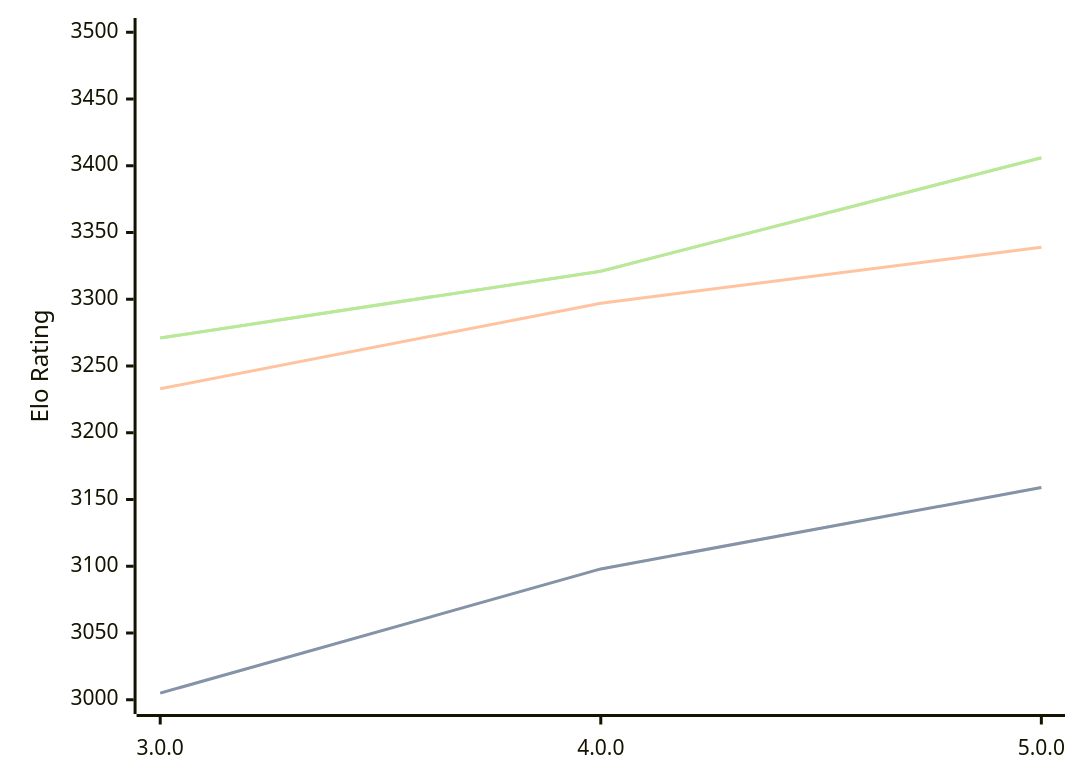
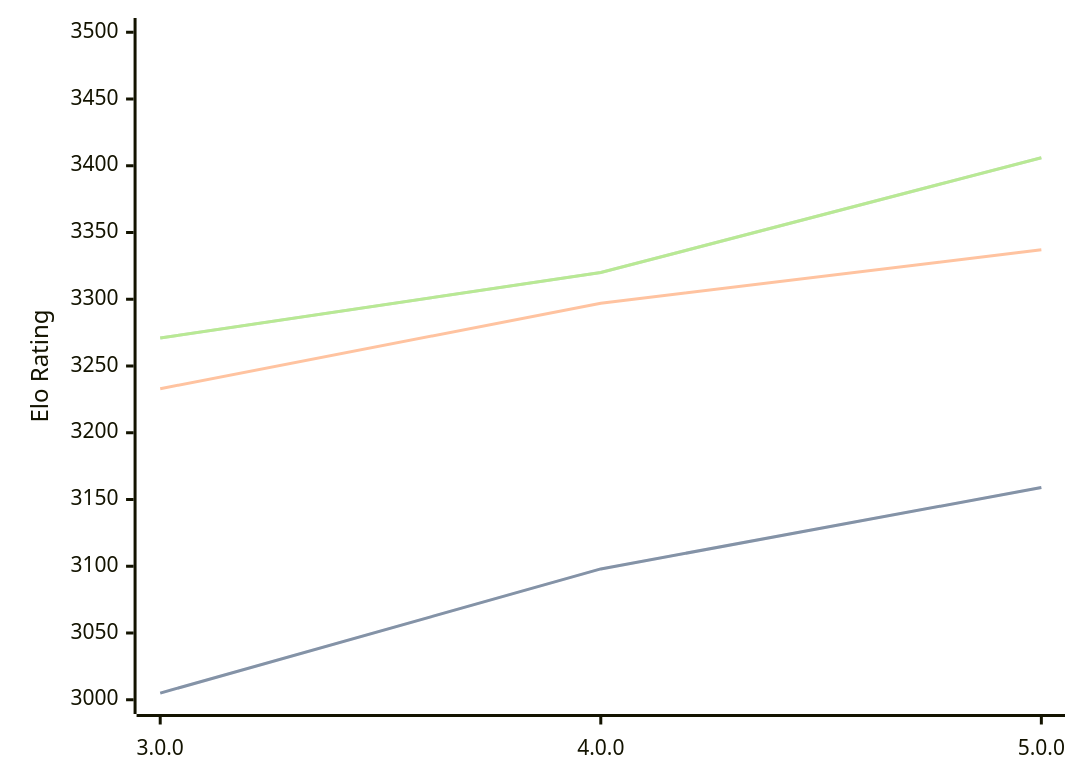
The diagram in engines/Minke.md (computer-chess-index/cci), drawn with Mermaid before and after one commit. The commit also changed other lines of this file, not shown here.

Commit message:
Update CCI Ratings (ELO VLTC) - 2026-03-25

````diff
--- a/engines/Minke.md
+++ b/engines/Minke.md
@@ -35,11 +35,11 @@
 ```mermaid
 %%{init: {"theme":"base","themeVariables":{"seriesColors:['#a3a3a3','#222221','#faa371']}}}%%
 xychart-beta
   x-axis ["3.0.0", "4.0.0", "5.0.0"]
   y-axis "Elo Rating" 3000 --> 3500
   line "STC (8.0+0.08s)" [3005, 3098, 3159]
   line "STC (8.0+0.08s)" [3005, 3098, 3159]
-  line "LTC (60.0+0.60s)" [3233, 3297, 3339]
-  line "VLTC (2m24s+1.12s)" [3271, 3321, 3406]
-  line "VLTC (2m24s+1.12s)" [3271, 3321, 3406]
+  line "LTC (60.0+0.60s)" [3233, 3297, 3337]
+  line "VLTC (2m24s+1.12s)" [3271, 3320, 3406]
+  line "VLTC (2m24s+1.12s)" [3271, 3320, 3406]
 ```
````
